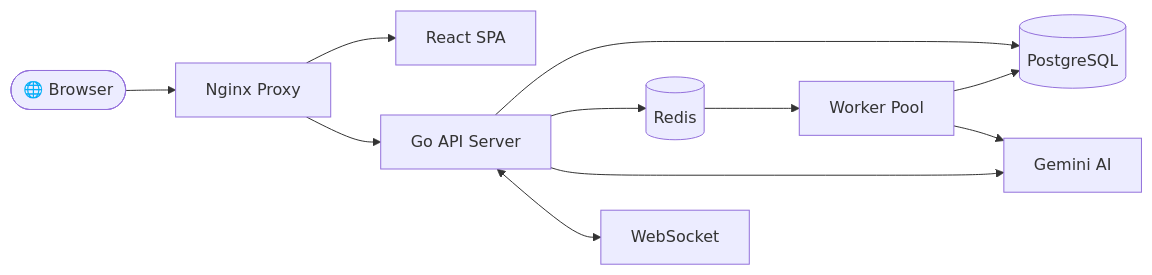
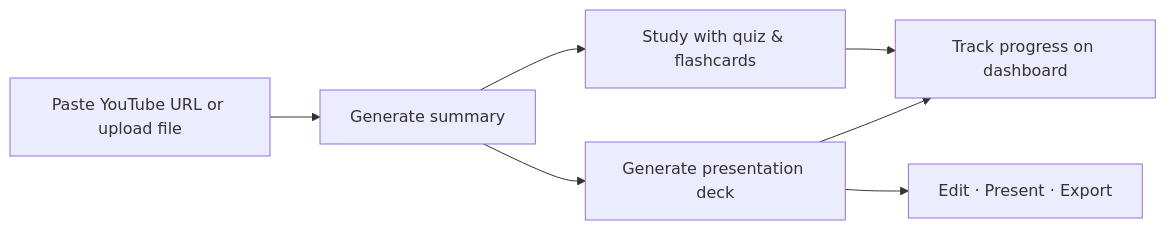
One commit to asanaliwhy/AI-Lecture-summarizer-with-learning-activities changed the first of 2 diagrams in README.md. Above: the diagram before and after it, drawn with Mermaid. The commit also changed other lines of this file and 4 other files, not shown here.

````diff
--- a/README.md
+++ b/README.md
@@ -265,13 +47,9 @@
 ```mermaid
 flowchart LR
-    Client([🌐 Browser]) --> Nginx[Nginx Proxy]
-    Nginx --> React[React SPA]
-    Nginx --> API[Go API Server]
-    API --> PG[(PostgreSQL)]
-    API --> Redis[(Redis)]
-    API --> Gemini[Gemini AI]
-    API <--> WS[WebSocket]
-    Redis --> Worker[Worker Pool]
-    Worker --> PG
-    Worker --> Gemini
+  A[Paste YouTube URL or upload file] --> B[Generate summary]
+  B --> C[Study with quiz & flashcards]
+  B --> D[Generate presentation deck]
+  D --> E[Edit · Present · Export]
+  C --> F[Track progress on dashboard]
+  D --> F
 ```
````
